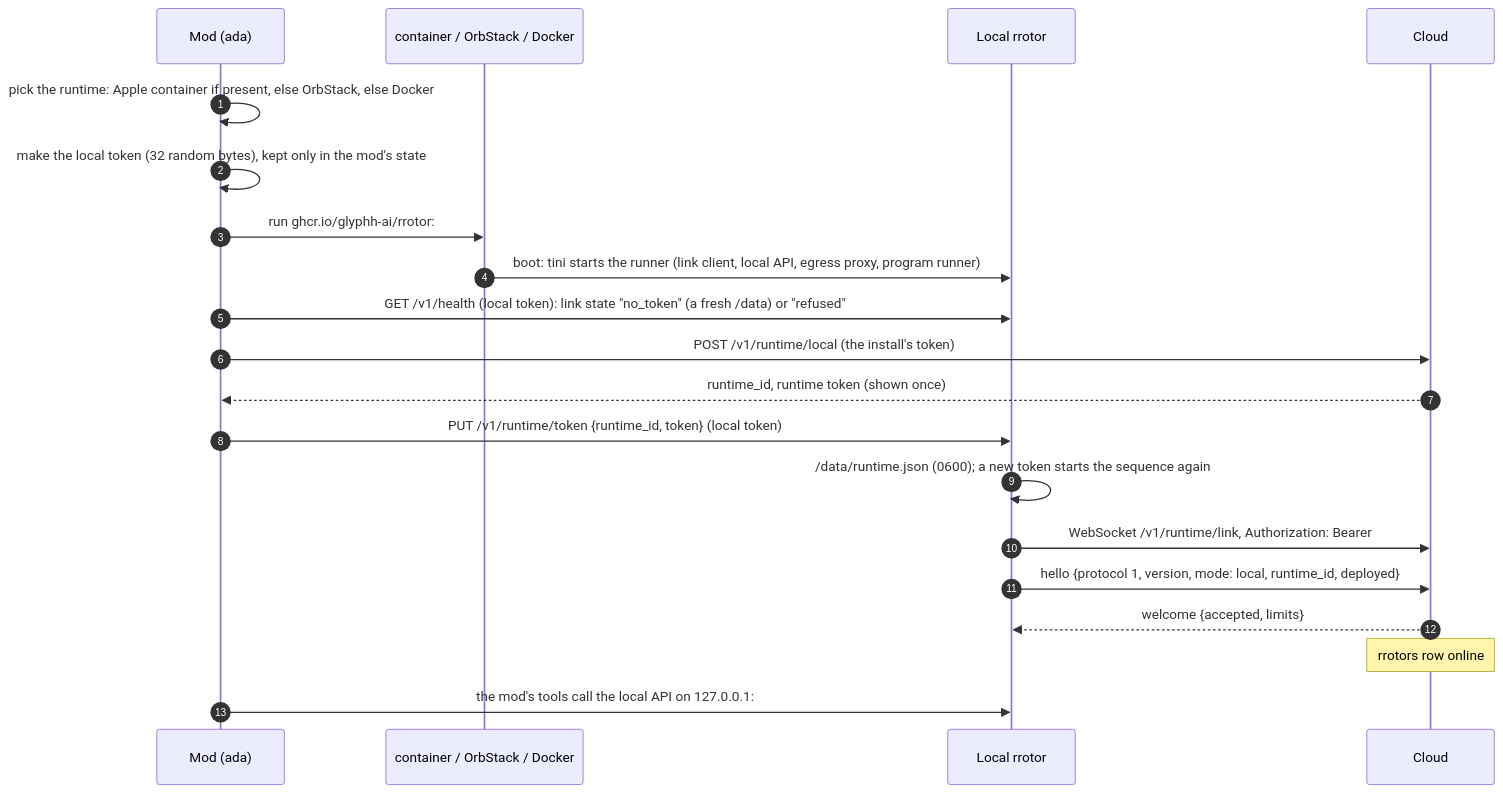
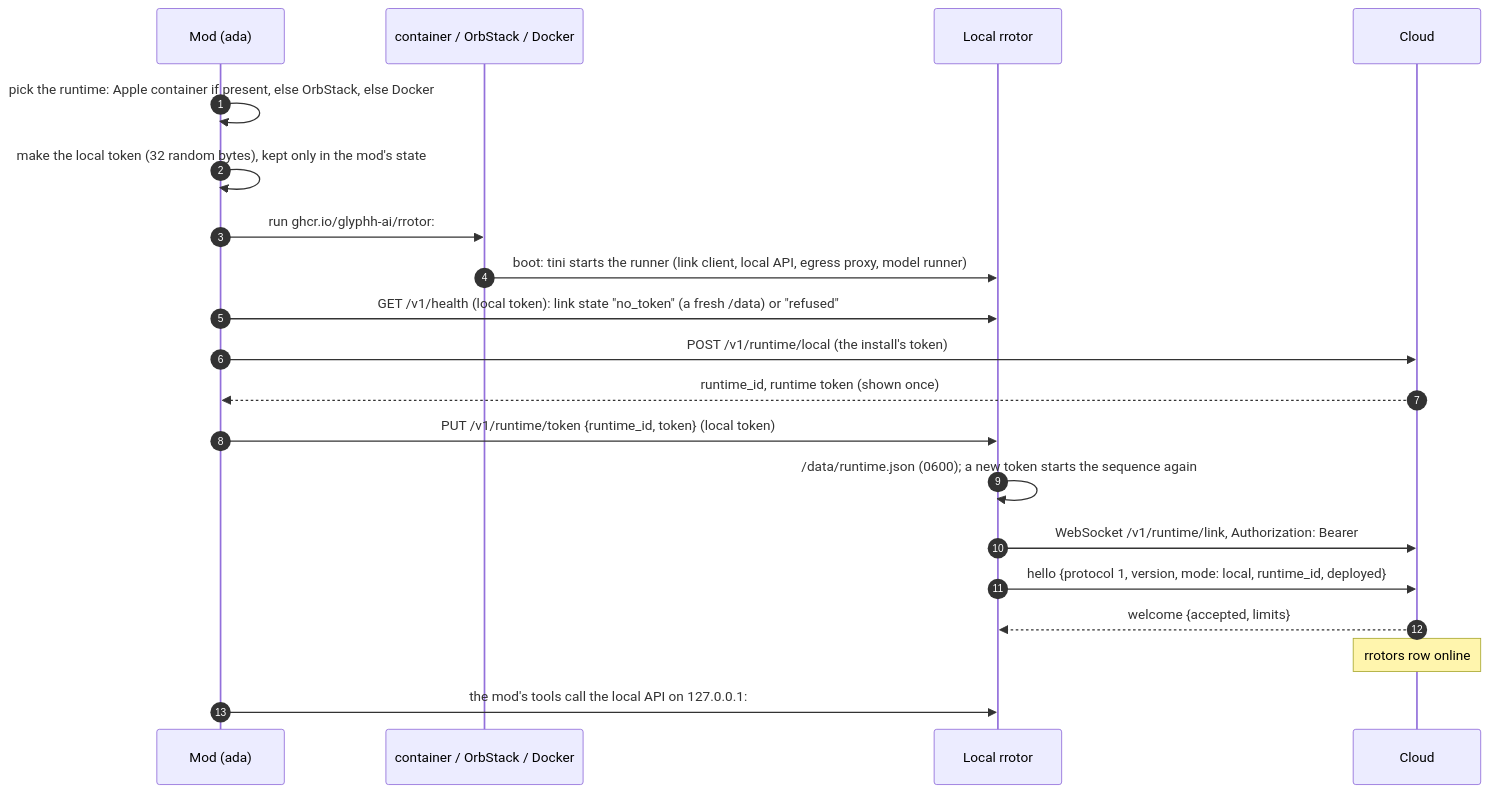
Before and after one commit to glyphh-ai/rrotor: the second of 13 diagrams in docs/architecture.md, drawn with Mermaid. The commit also changed other lines of this file and 63 other files, not shown here.

First line of the commit message:
Rename program to model

````diff
--- a/docs/architecture.md
+++ b/docs/architecture.md
@@ -90,22 +90,22 @@
 ```mermaid
 sequenceDiagram
     autonumber
     participant M as Mod (ada)
     participant D as container / OrbStack / Docker
     participant R as Local rrotor
     participant G as Cloud
     M->>M: pick the runtime: Apple container if present, else OrbStack, else Docker
     M->>M: make the local token (32 random bytes), kept only in the mod's state
     M->>D: run ghcr.io/glyphh-ai/rrotor:#lt#59;version#gt#59;, volume rrotor-data on /data, port 127.0.0.1:#lt#59;port#gt#59;, the local token's SHA-256
-    D->>R: boot: tini starts the runner (link client, local API, egress proxy, program runner)
+    D->>R: boot: tini starts the runner (link client, local API, egress proxy, model runner)
     M->>R: GET /v1/health (local token): link state "no_token" (a fresh /data) or "refused"
     M->>G: POST /v1/runtime/local (the install's token)
     G-->>M: runtime_id, runtime token (shown once)
     M->>R: PUT /v1/runtime/token {runtime_id, token} (local token)
     R->>R: /data/runtime.json (0600)#59; a new token starts the sequence again
     R->>G: WebSocket /v1/runtime/link, Authorization: Bearer #lt#59;runtime token#gt#59;
     R->>G: hello {protocol 1, version, mode: local, runtime_id, deployed}
     G-->>R: welcome {accepted, limits}
     Note over G: rrotors row online
     M->>R: the mod's tools call the local API on 127.0.0.1:#lt#59;port#gt#59; (Bearer local token)
 ```
````
